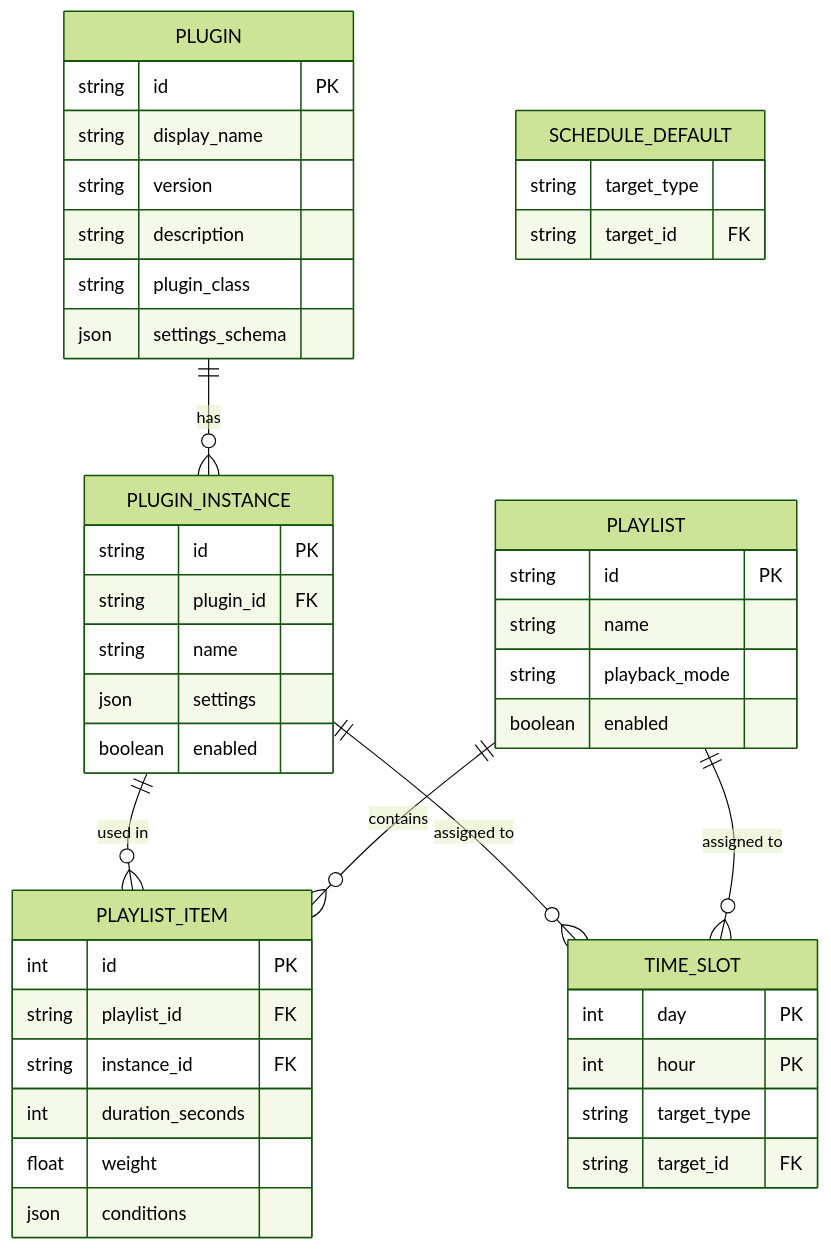
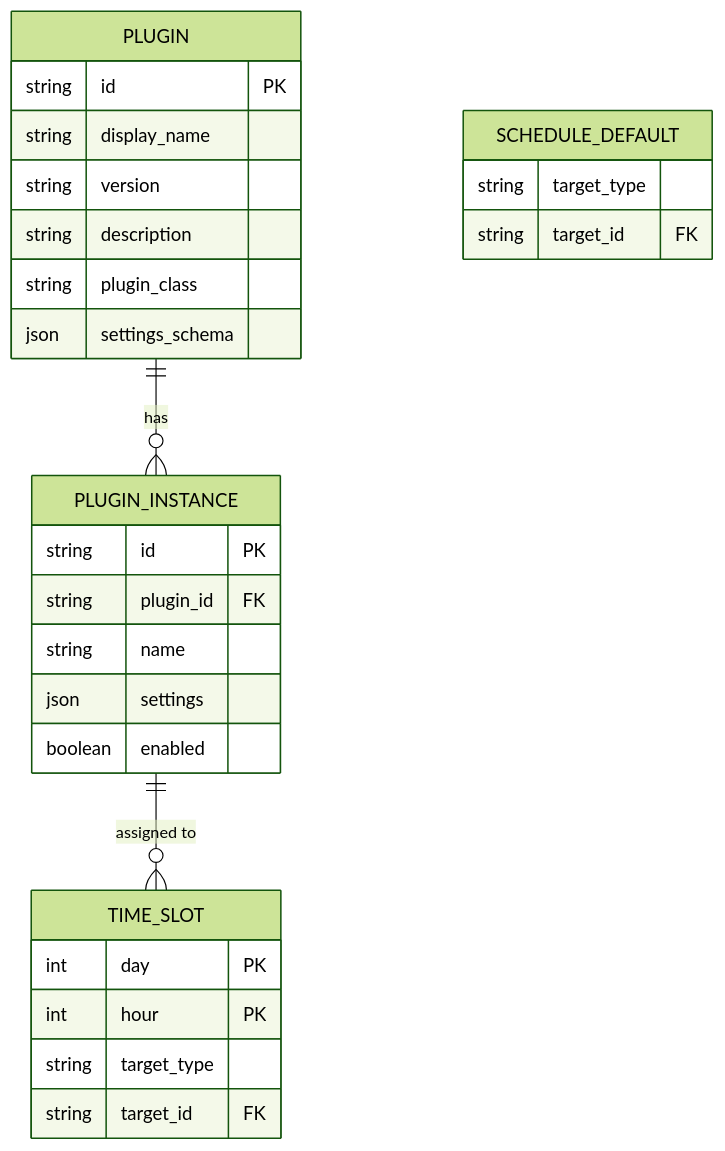
Before and after one commit to sixthshift/artframe: the second of 3 diagrams in docs/technical-spec.md, drawn with Mermaid (forest theme). The commit also changed other lines of this file and 12 other files, not shown here.

````diff
--- a/docs/technical-spec.md
+++ b/docs/technical-spec.md
@@ -357,53 +343,34 @@
 ```mermaid
 erDiagram
     PLUGIN {
         string id PK
         string display_name
         string version
         string description
         string plugin_class
         json settings_schema
     }
 
     PLUGIN_INSTANCE {
         string id PK
         string plugin_id FK
         string name
         json settings
         boolean enabled
     }
 
     TIME_SLOT {
         int day PK
         int hour PK
         string target_type
         string target_id FK
     }
 
     SCHEDULE_DEFAULT {
         string target_type
         string target_id FK
     }
 
-    PLAYLIST {
-        string id PK
-        string name
-        string playback_mode
-        boolean enabled
-    }
-
-    PLAYLIST_ITEM {
-        int id PK
-        string playlist_id FK
-        string instance_id FK
-        int duration_seconds
-        float weight
-        json conditions
-    }
-
     PLUGIN ||--o{ PLUGIN_INSTANCE : "has"
-    PLUGIN_INSTANCE ||--o{ PLAYLIST_ITEM : "used in"
     PLUGIN_INSTANCE ||--o{ TIME_SLOT : "assigned to"
-    PLAYLIST ||--o{ PLAYLIST_ITEM : "contains"
-    PLAYLIST ||--o{ TIME_SLOT : "assigned to"
 ```
````
